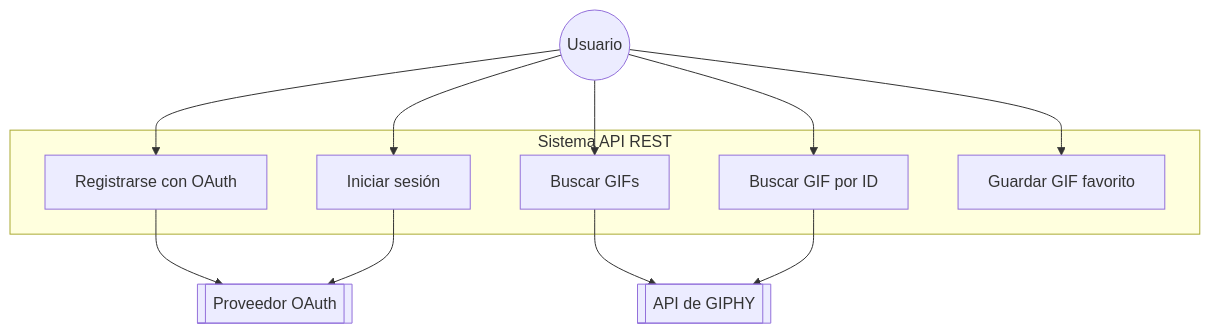
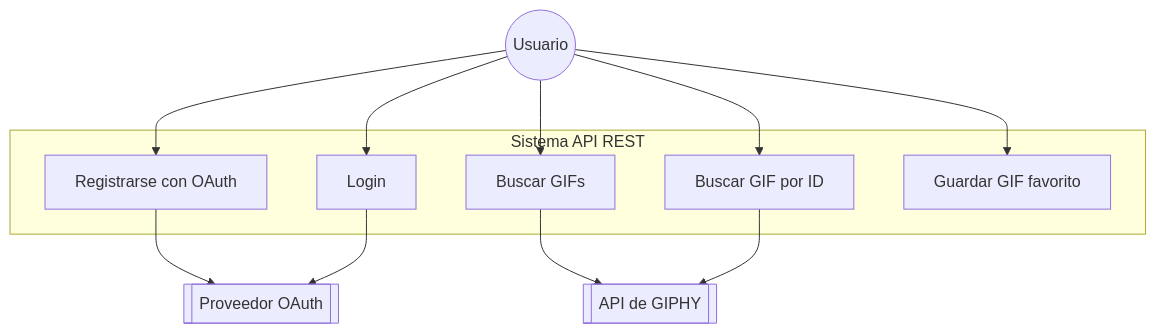
Before and after one commit to andresmazza/giphy-bookmarks: the first of 2 diagrams in README.md, drawn with Mermaid. The commit also changed other lines of this file and 1 other file, not shown here.

````diff
--- a/README.md
+++ b/README.md
@@ -58,32 +68,32 @@
 ```mermaid
 graph TD
     User((Usuario))
     
     Register[Registrarse con OAuth]
-    Login[Iniciar sesión]
+    Login[Login]
     SearchGIFs[Buscar GIFs]
     SearchGIFbyID[Buscar GIF por ID]
     SaveFavorite[Guardar GIF favorito]
     
     User --> Register
     User --> Login
     User --> SearchGIFs
     User --> SearchGIFbyID
     User --> SaveFavorite
     
     subgraph "Sistema API REST"
     Register
     Login
     SearchGIFs
     SearchGIFbyID
     SaveFavorite
     end
     
     GIPHY[[API de GIPHY]]
     OAuth[[Proveedor OAuth]]
     
     Register --> OAuth
     Login --> OAuth
     SearchGIFs --> GIPHY
     SearchGIFbyID --> GIPHY
 ```
````
